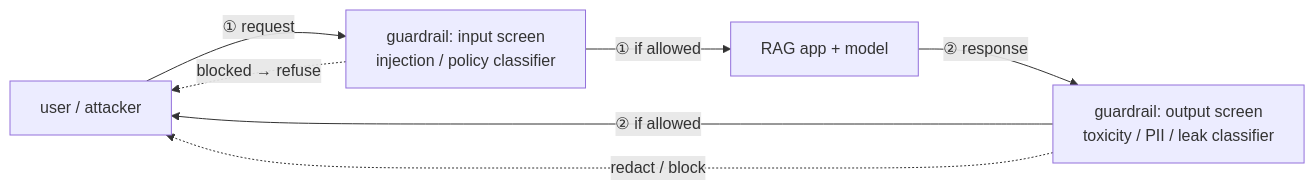
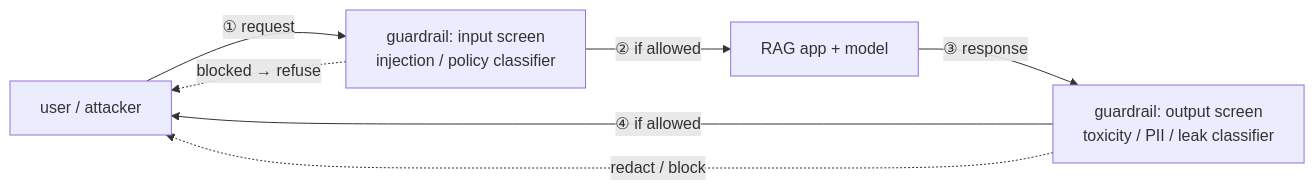
Before and after one commit to ryayres-fox/Security: diagram 11 of 11 in lab-journal/rag-and-ai-probe.md, drawn with Mermaid. The commit also changed other lines of this file and 1 other file, not shown here.

First line of the commit message:
lab-journal: one numbering rule in every diagram, and every flowchart reads left to right

````diff
--- a/lab-journal/rag-and-ai-probe.md
+++ b/lab-journal/rag-and-ai-probe.md
@@ -508,9 +509,9 @@
 ```mermaid
 graph LR
   U["user / attacker"] -->|"① request"| GIN["guardrail: input screen<br/>injection / policy classifier"]
-  GIN -->|"① if allowed"| APP["RAG app + model"]
-  APP -->|"② response"| GOUT["guardrail: output screen<br/>toxicity / PII / leak classifier"]
-  GOUT -->|"② if allowed"| U
+  GIN -->|"② if allowed"| APP["RAG app + model"]
+  APP -->|"③ response"| GOUT["guardrail: output screen<br/>toxicity / PII / leak classifier"]
+  GOUT -->|"④ if allowed"| U
   GIN -. "blocked → refuse" .-> U
   GOUT -. "redact / block" .-> U
 ```
````
